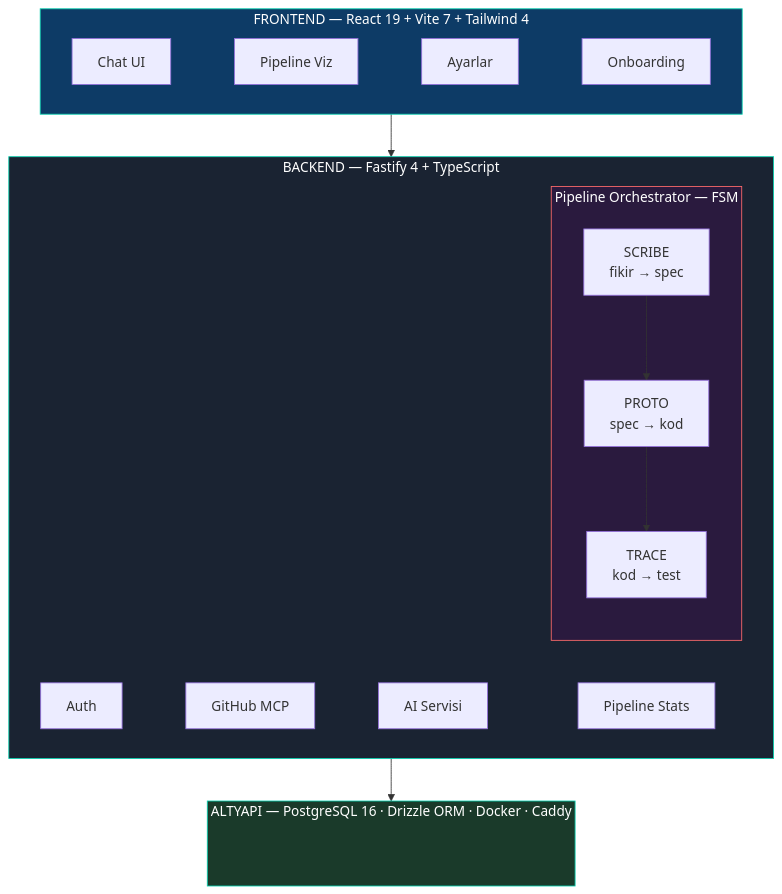
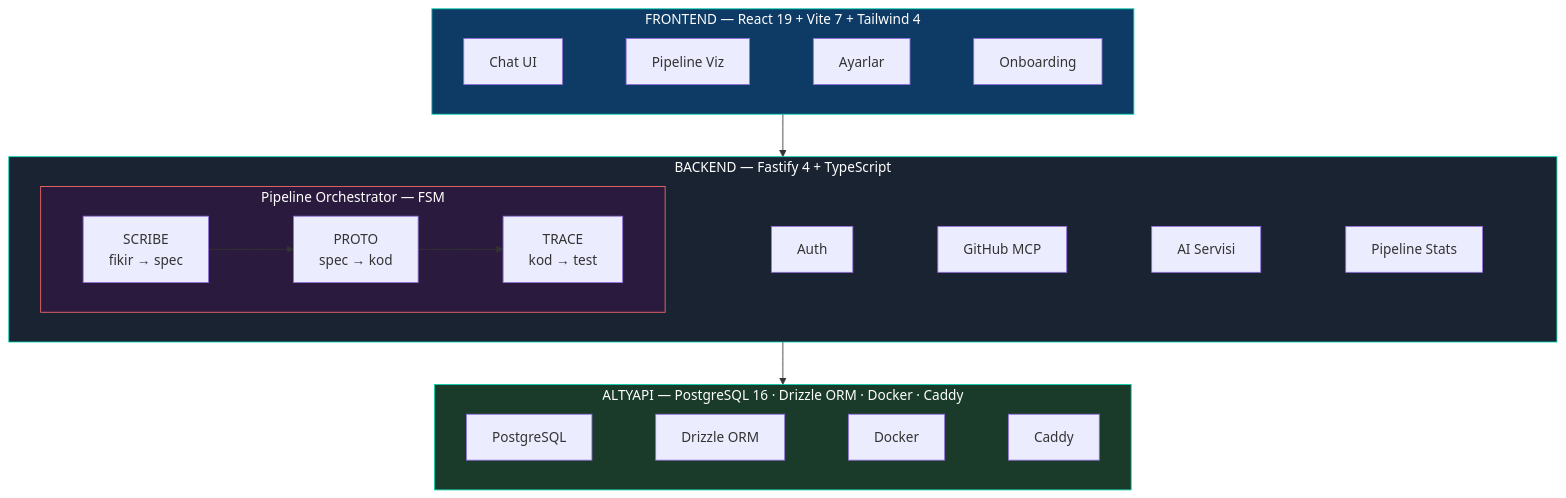
One commit to OmerYasirOnal/akis-platform changed the second of 8 diagrams in README.md. Above: the diagram before and after it, drawn with Mermaid. The commit also changed other lines of this file, not shown here.

Commit message:
fix(readme): architecture diagram layout — horizontal agents, filled infra
- Add direction LR to Pipeline subgraph (agents side-by-side, not stacked)
- Add Services subgraph for backend services layout
- Replace empty Infra node with actual tech labels (PostgreSQL, Drizzle, Docker, Caddy)
- Fix both TR and EN sections

````diff
--- a/README.md
+++ b/README.md
@@ -172,25 +172,32 @@
 ```mermaid
 graph TB
     subgraph Frontend["FRONTEND — React 19 + Vite 7 + Tailwind 4"]
+        direction LR
         F1["Chat UI"] ~~~ F2["Pipeline Viz"] ~~~ F3["Ayarlar"] ~~~ F4["Onboarding"]
     end
 
     subgraph Backend["BACKEND — Fastify 4 + TypeScript"]
         subgraph Pipeline["Pipeline Orchestrator — FSM"]
+            direction LR
             S["SCRIBE\nfikir → spec"] --> P["PROTO\nspec → kod"] --> T["TRACE\nkod → test"]
         end
-        B1["Auth"] ~~~ B2["GitHub MCP"] ~~~ B3["AI Servisi"] ~~~ B4["Pipeline Stats"]
+        subgraph Services[" "]
+            direction LR
+            B1["Auth"] ~~~ B2["GitHub MCP"] ~~~ B3["AI Servisi"] ~~~ B4["Pipeline Stats"]
+        end
+        Pipeline ~~~ Services
     end
 
     subgraph Infra["ALTYAPI — PostgreSQL 16 · Drizzle ORM · Docker · Caddy"]
-        I1[" "]
+        direction LR
+        I1["PostgreSQL"] ~~~ I2["Drizzle ORM"] ~~~ I3["Docker"] ~~~ I4["Caddy"]
     end
 
     Frontend --> Backend --> Infra
 
     style Frontend fill:#0d3b66,stroke:#07D1AF,color:#fff
     style Backend fill:#1a2332,stroke:#07D1AF,color:#fff
     style Pipeline fill:#2a1a3e,stroke:#FF6B6B,color:#fff
+    style Services fill:transparent,stroke:transparent
     style Infra fill:#1a3a2a,stroke:#07D1AF,color:#fff
-    style I1 fill:transparent,stroke:transparent
 ```
````
